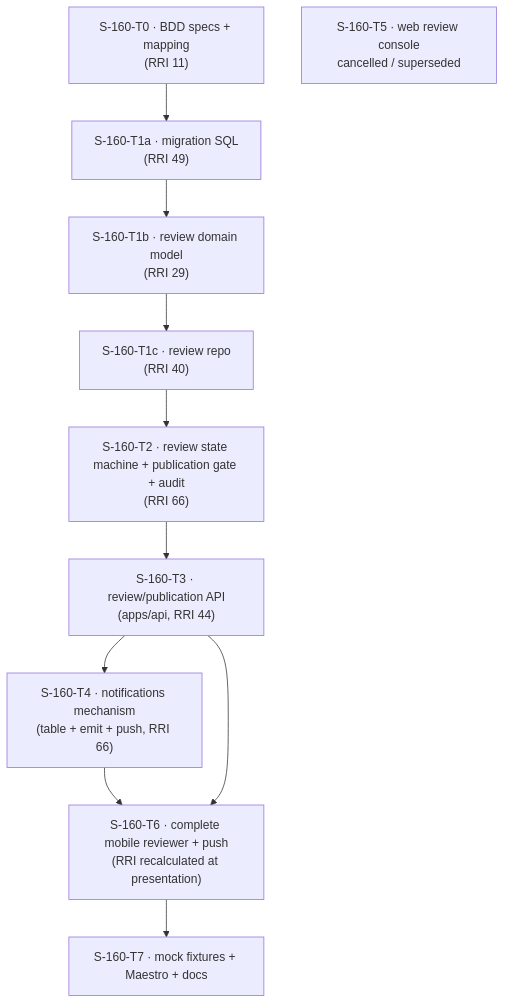
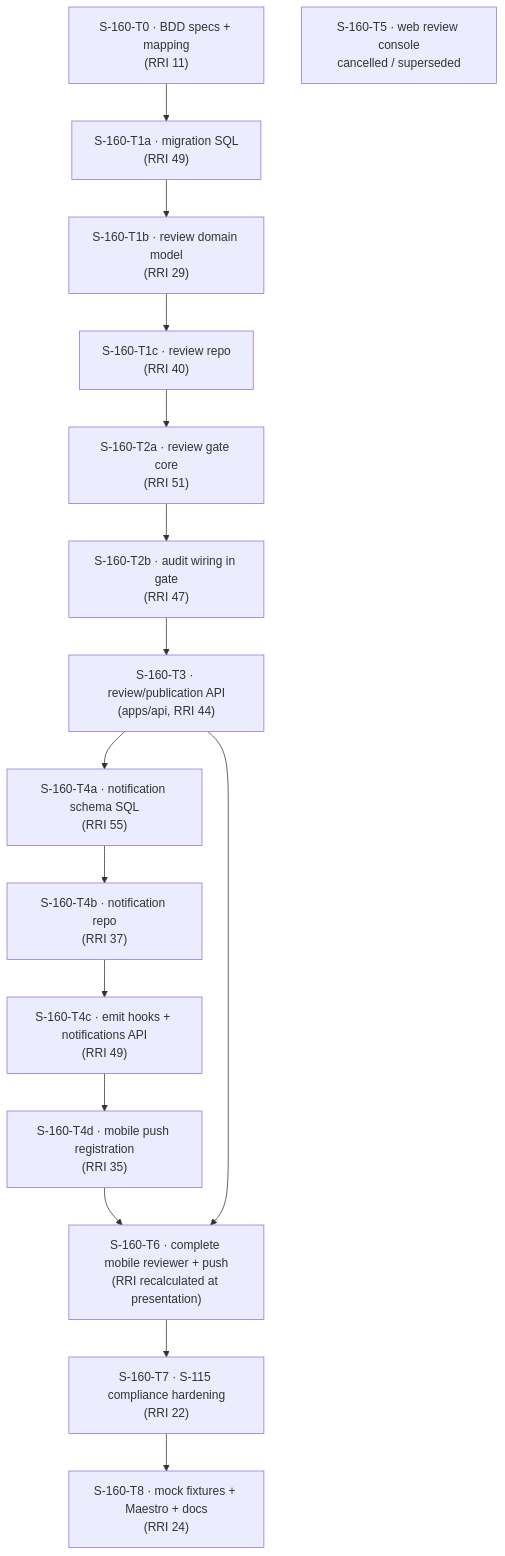
One commit to krukmat/dubbridge changed the diagram in docs/plan/s-160-review-publication-workspace.md. Above: the diagram before and after it, drawn with Mermaid. The commit also changed other lines of this file and 5 other files, not shown here.

First line of the commit message:
docs(s-160-t8): close review/publication workspace — ledger, ADR-030, fixtures

````diff
--- a/docs/plan/s-160-review-publication-workspace.md
+++ b/docs/plan/s-160-review-publication-workspace.md
@@ -119,23 +129,33 @@
 ```mermaid
 flowchart TD
     T0["S-160-T0 · BDD specs + mapping<br/>(RRI 11)"]
     T1a["S-160-T1a · migration SQL<br/>(RRI 49)"]
     T1b["S-160-T1b · review domain model<br/>(RRI 29)"]
     T1c["S-160-T1c · review repo<br/>(RRI 40)"]
-    T2["S-160-T2 · review state machine + publication gate + audit<br/>(RRI 66)"]
+    T2a["S-160-T2a · review gate core<br/>(RRI 51)"]
+    T2b["S-160-T2b · audit wiring in gate<br/>(RRI 47)"]
     T3["S-160-T3 · review/publication API<br/>(apps/api, RRI 44)"]
-    T4["S-160-T4 · notifications mechanism<br/>(table + emit + push, RRI 66)"]
+    T4a["S-160-T4a · notification schema SQL<br/>(RRI 55)"]
+    T4b["S-160-T4b · notification repo<br/>(RRI 37)"]
+    T4c["S-160-T4c · emit hooks + notifications API<br/>(RRI 49)"]
+    T4d["S-160-T4d · mobile push registration<br/>(RRI 35)"]
     T5["S-160-T5 · web review console<br/>cancelled / superseded"]
     T6["S-160-T6 · complete mobile reviewer + push<br/>(RRI recalculated at presentation)"]
-    T7["S-160-T7 · mock fixtures + Maestro + docs"]
+    T7["S-160-T7 · S-115 compliance hardening<br/>(RRI 22)"]
+    T8["S-160-T8 · mock fixtures + Maestro + docs<br/>(RRI 24)"]
 
     T0 --> T1a
     T1a --> T1b
     T1b --> T1c
-    T1c --> T2
-    T2 --> T3
-    T3 --> T4
-    T4 --> T6
+    T1c --> T2a
+    T2a --> T2b
+    T2b --> T3
+    T3 --> T4a
+    T4a --> T4b
+    T4b --> T4c
+    T4c --> T4d
+    T4d --> T6
     T3 --> T6
     T6 --> T7
+    T7 --> T8
 ```
````
